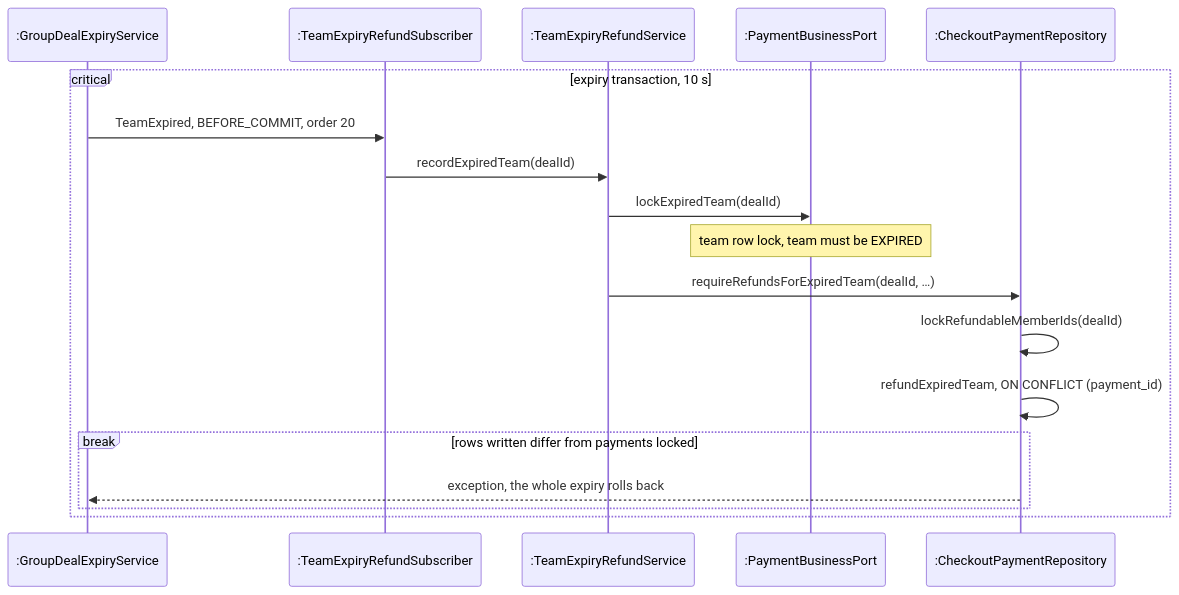
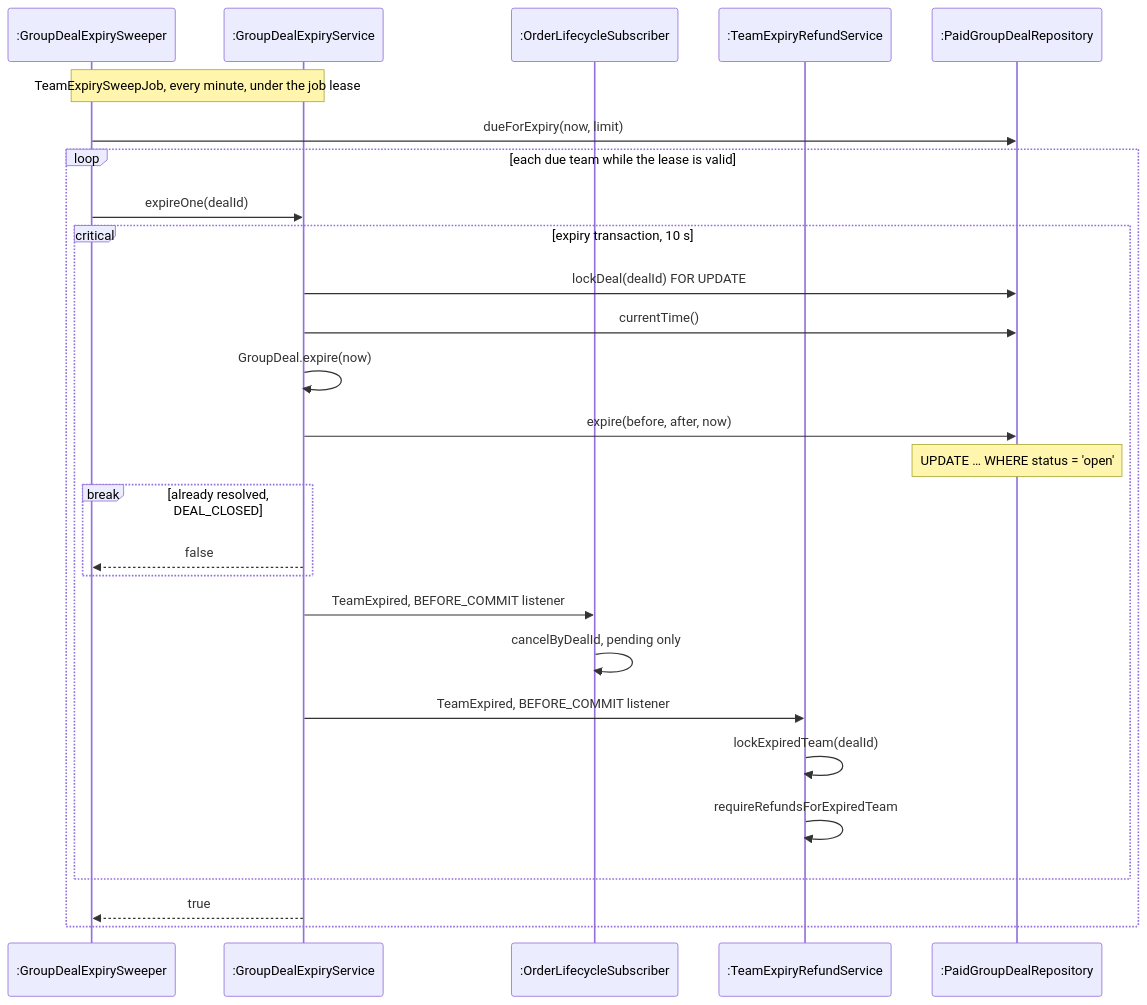
Before and after one commit to PPsyrius/iss-groupbuy-team8: the seventh of 10 diagrams in docs/swe5006/report/sections/03-4-2-yorik.md, drawn with Mermaid. The commit also changed other lines of this file, not shown here.

````diff
--- a/docs/swe5006/report/sections/03-4-2-yorik.md
+++ b/docs/swe5006/report/sections/03-4-2-yorik.md
@@ -315,21 +415,30 @@
 ```mermaid
 sequenceDiagram
+    participant Sweeper as :GroupDealExpirySweeper
     participant Expiry as :GroupDealExpiryService
-    participant Sub as :TeamExpiryRefundSubscriber
+    participant Orders as :OrderLifecycleSubscriber
     participant Refunds as :TeamExpiryRefundService
-    participant Port as :PaymentBusinessPort
-    participant Repo as :CheckoutPaymentRepository
+    participant Repo as :PaidGroupDealRepository
 
-    critical expiry transaction, 10 s
-        Expiry->>Sub: TeamExpired, BEFORE_COMMIT, order 20
-        Sub->>Refunds: recordExpiredTeam(dealId)
-        Refunds->>Port: lockExpiredTeam(dealId)
-        Note over Port: team row lock, team must be EXPIRED
-        Refunds->>Repo: requireRefundsForExpiredTeam(dealId, …)
-        Repo->>Repo: lockRefundableMemberIds(dealId)
-        Repo->>Repo: refundExpiredTeam, ON CONFLICT (payment_id)
-        break rows written differ from payments locked
-            Repo-->>Expiry: exception, the whole expiry rolls back
+    Note over Sweeper,Expiry: TeamExpirySweepJob, every minute, under the job lease
+    Sweeper->>Repo: dueForExpiry(now, limit)
+    loop each due team while the lease is valid
+        Sweeper->>Expiry: expireOne(dealId)
+        critical expiry transaction, 10 s
+            Expiry->>Repo: lockDeal(dealId) FOR UPDATE
+            Expiry->>Repo: currentTime()
+            Expiry->>Expiry: GroupDeal.expire(now)
+            Expiry->>Repo: expire(before, after, now)
+            Note over Repo: UPDATE … WHERE status = 'open'
+            break already resolved, DEAL_CLOSED
+                Expiry-->>Sweeper: false
+            end
+            Expiry->>Orders: TeamExpired, BEFORE_COMMIT listener
+            Orders->>Orders: cancelByDealId, pending only
+            Expiry->>Refunds: TeamExpired, BEFORE_COMMIT listener
+            Refunds->>Refunds: lockExpiredTeam(dealId)
+            Refunds->>Refunds: requireRefundsForExpiredTeam
         end
+        Expiry-->>Sweeper: true
     end
 ```
````
